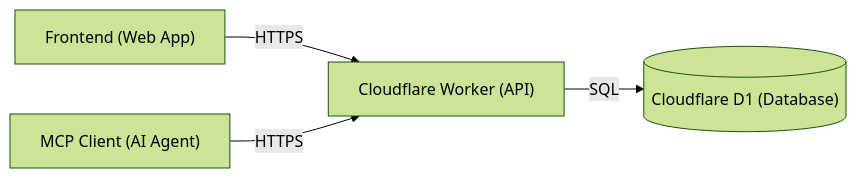
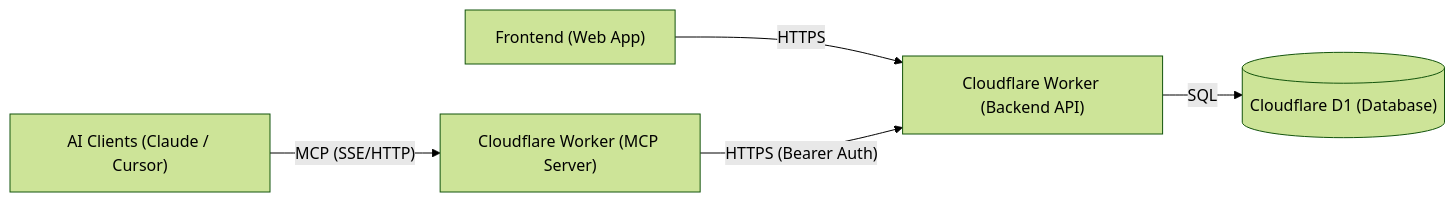
Before and after one commit to mohakapoor/brain_design: the first of 2 diagrams in hld.md, drawn with Mermaid (forest theme). The commit also changed other lines of this file, not shown here.

Commit message:
docs: define MCP server as a Cloudflare Worker

````diff
--- a/hld.md
+++ b/hld.md
@@ -36,6 +36,7 @@
 ```mermaid
 graph LR
-    Frontend["Frontend (Web App)"] -->|"HTTPS"| Worker["Cloudflare Worker (API)"]
-    MCP["MCP Client (AI Agent)"] -->|"HTTPS"| Worker
-    Worker -->|"SQL"| D1[("Cloudflare D1 (Database)")]
+    Frontend["Frontend (Web App)"] -->|"HTTPS"| BackendWorker["Cloudflare Worker (Backend API)"]
+    AI["AI Clients (Claude / Cursor)"] -->|"MCP (SSE/HTTP)"| MCPWorker["Cloudflare Worker (MCP Server)"]
+    MCPWorker -->|"HTTPS (Bearer Auth)"| BackendWorker
+    BackendWorker -->|"SQL"| D1[("Cloudflare D1 (Database)")]
 ```
````
